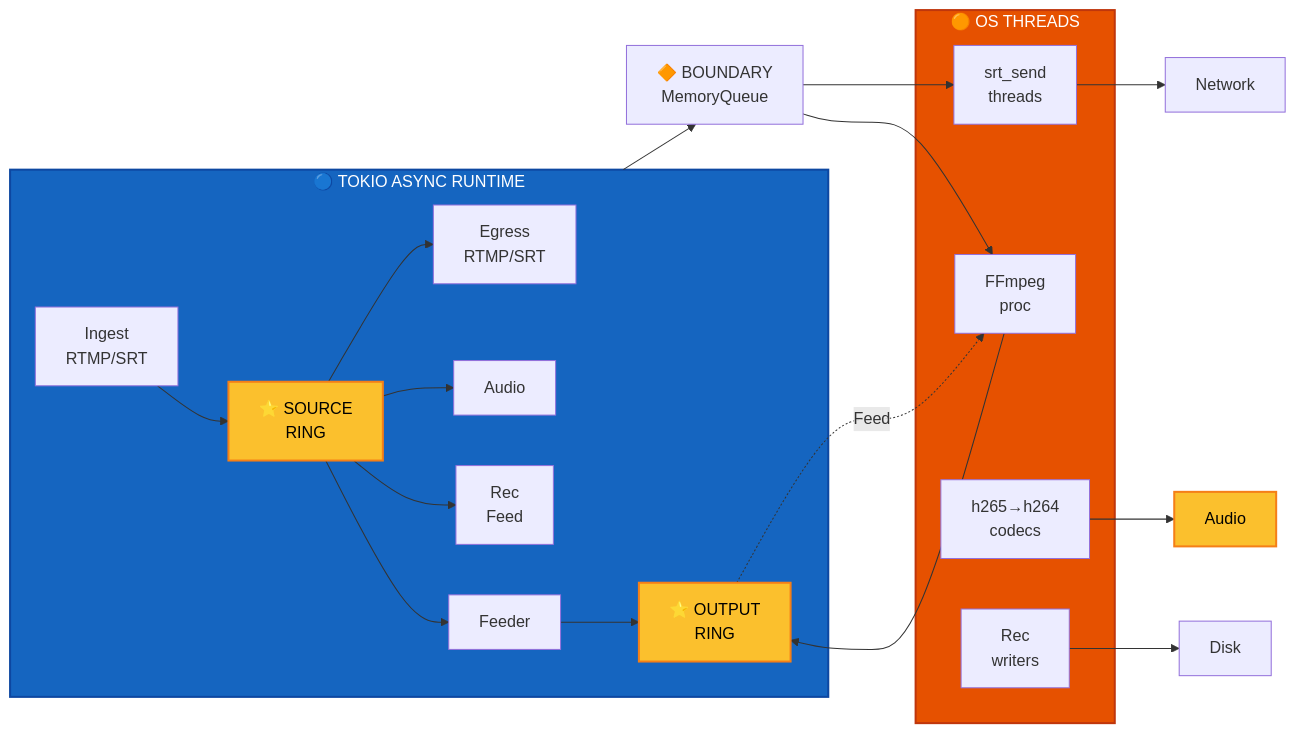
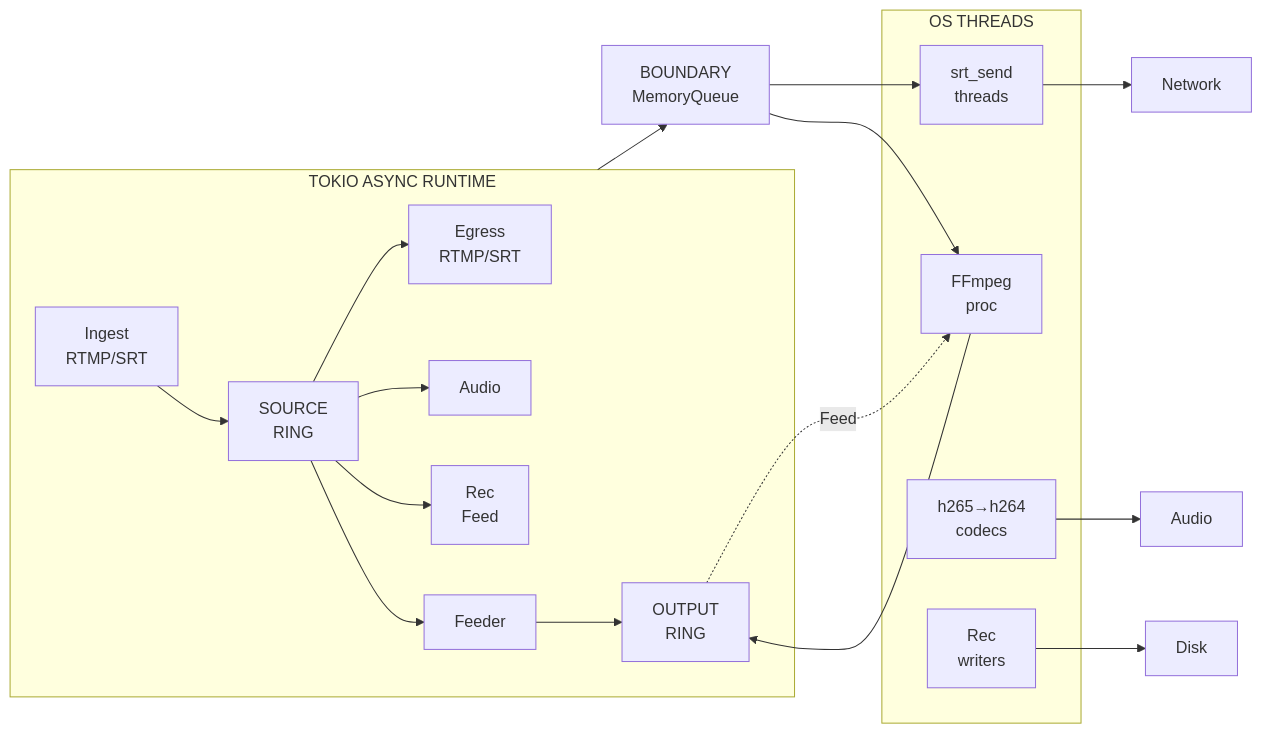
The second of 24 diagrams in docs/run-to-completion-analysis.md (krsna1729/restream), drawn with Mermaid before and after one commit. The commit also changed other lines of this file and 6 other files, not shown here.

First line of the commit message:
docs: retire duplicate SVG and styled diagram variants

````diff
--- a/docs/run-to-completion-analysis.md
+++ b/docs/run-to-completion-analysis.md
@@ -84,44 +70,36 @@
 ```mermaid
-graph LR
-    subgraph Tokio ["🔵 TOKIO ASYNC RUNTIME"]
+flowchart LR
+    subgraph Tokio ["TOKIO ASYNC RUNTIME"]
         Ingest["Ingest<br/>RTMP/SRT"]
-        Ring1["⭐ SOURCE<br/>RING"]
+        Ring1["SOURCE<br/>RING"]
         Egress["Egress<br/>RTMP/SRT"]
         Feeder["Feeder"]
-        Ring2["⭐ OUTPUT<br/>RING"]
+        Ring2["OUTPUT<br/>RING"]
         Audio["Audio"]
         Rec["Rec<br/>Feed"]
-        
+
         Ingest --> Ring1
         Ring1 --> Egress
         Ring1 --> Feeder --> Ring2
         Ring1 --> Audio
         Ring1 --> Rec
     end
-    
-    Boundary["🔶 BOUNDARY<br/>MemoryQueue"]
-    
-    subgraph OS ["🟠 OS THREADS"]
+
+    Boundary["BOUNDARY<br/>MemoryQueue"]
+
+    subgraph OS ["OS THREADS"]
         SRT["srt_send<br/>threads"]
         FF["FFmpeg<br/>proc"]
         H265["h265→h264<br/>codecs"]
         REC["Rec<br/>writers"]
     end
-    
+
     Tokio --> Boundary --> SRT
     Boundary --> FF
     Ring2 -.->|Feed| FF
-    
+
     SRT --> NET["Network"]
     FF --> Ring2
     H265 --> Ring_A["Audio"]
     REC --> DISK["Disk"]
-    
-    classDef tokio fill:#1565c0,stroke:#0d47a1,stroke-width:2px,color:#fff
-    classDef os fill:#e65100,stroke:#bf360c,stroke-width:2px,color:#fff
-    classDef ring fill:#fbc02d,stroke:#f57f17,stroke-width:2px,color:#000
-    
-    class Tokio tokio
-    class OS os
-    class Ring1,Ring2,Ring_A ring
 ```
````
